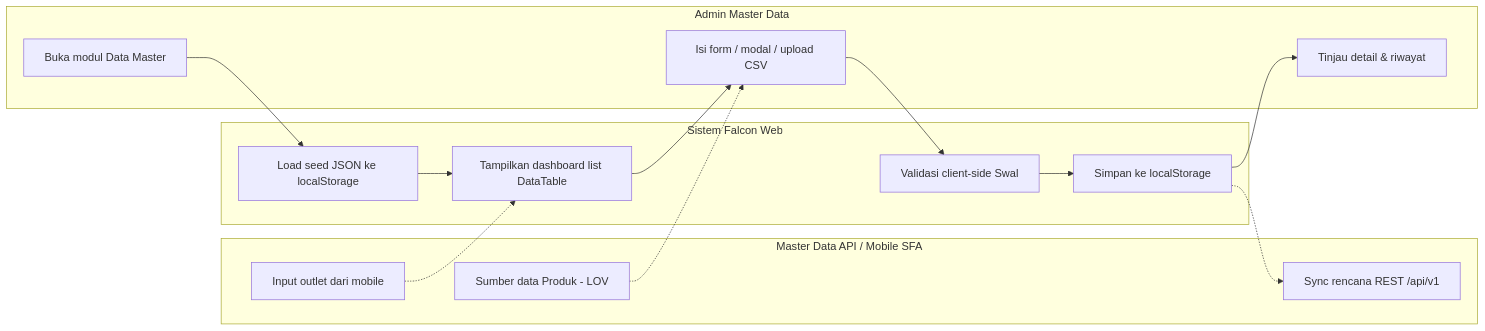
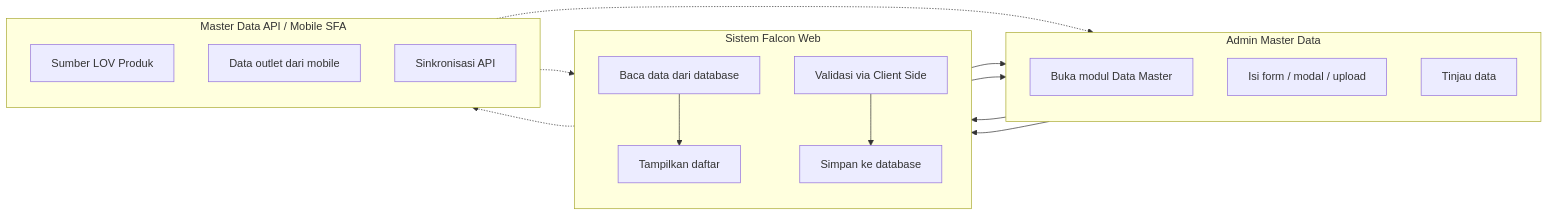
The first of 2 diagrams in wwwroot/document/FSD/FalconWebPortal/source/FSD_Falcon_Web_MasterData_v1.0.md (Agengkurnia/prototype-falcon-fprs-web), drawn with Mermaid before and after one commit. The commit also changed other lines of this file and 69 other files, not shown here.

````diff
--- a/wwwroot/document/FSD/FalconWebPortal/source/FSD_Falcon_Web_MasterData_v1.0.md
+++ b/wwwroot/document/FSD/FalconWebPortal/source/FSD_Falcon_Web_MasterData_v1.0.md
@@ -116,23 +122,26 @@
 ```mermaid
 flowchart LR
   subgraph L1[Admin Master Data]
+    direction TB
     A1[Buka modul Data Master]
-    A2[Isi form / modal / upload CSV]
-    A3[Tinjau detail & riwayat]
+    A2[Isi form / modal / upload]
+    A3[Tinjau data]
   end
   subgraph L2[Sistem Falcon Web]
-    B1[Load seed JSON ke localStorage]
-    B2[Tampilkan dashboard list DataTable]
-    B3[Validasi client-side Swal]
-    B4[Simpan ke localStorage]
+    direction TB
+    B1[Baca data dari database]
+    B2[Tampilkan daftar]
+    B3[Validasi via Client Side]
+    B4[Simpan ke database]
   end
   subgraph L3[Master Data API / Mobile SFA]
-    C1[Sumber data Produk - LOV]
-    C2[Input outlet dari mobile]
-    C3[Sync rencana REST /api/v1]
+    direction TB
+    C1[Sumber LOV Produk]
+    C2[Data outlet dari mobile]
+    C3[Sinkronisasi API]
   end
   A1 --> B1 --> B2 --> A2 --> B3 --> B4 --> A3
   C1 -.-> A2
-  C2 -.-> B2
+  C2 -.-> B1
   B4 -.-> C3
 ```
````
